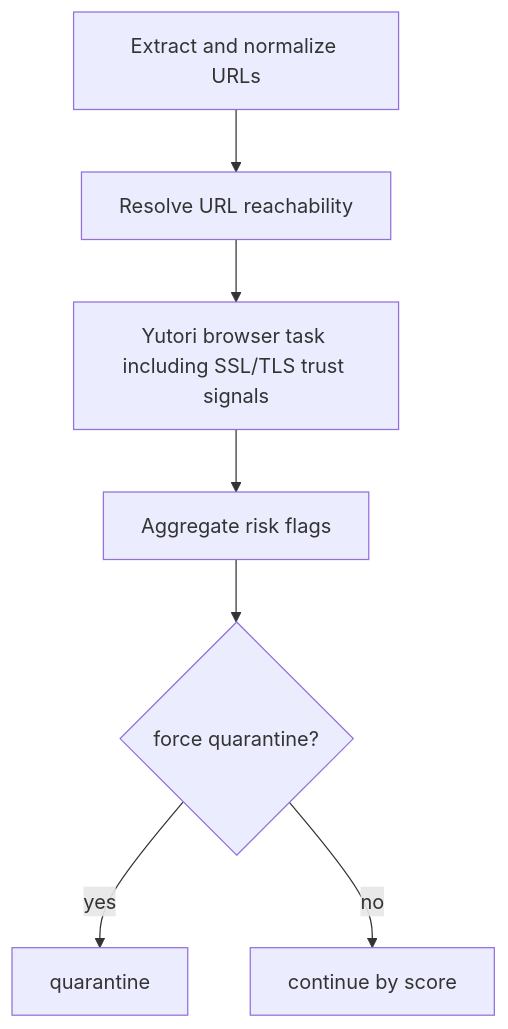
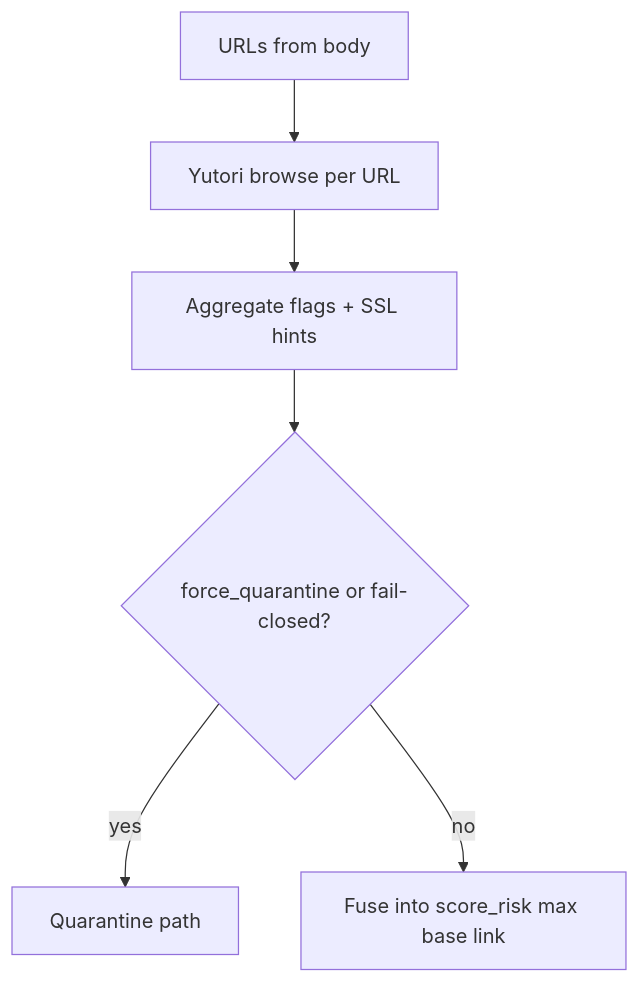
One commit to pramodthe/anti-scam.ai changed the fourth of 4 diagrams in README.md. Above: the diagram before and after it, drawn with Mermaid. The commit also changed other lines of this file and 21 other files, not shown here.

````diff
--- a/README.md
+++ b/README.md
@@ -72,9 +133,8 @@
 ```mermaid
 flowchart TD
-    L1[Extract and normalize URLs] --> L2[Resolve URL reachability]
-    L2 --> L3[Yutori browser task including SSL/TLS trust signals]
-    L3 --> L5[Aggregate risk flags]
-    L5 --> L6{force quarantine?}
-    L6 -->|yes| L7[quarantine]
-    L6 -->|no| L8[continue by score]
+  L1[URLs from body] --> L2[Yutori browse per URL]
+  L2 --> L3[Aggregate flags + SSL hints]
+  L3 --> L4{force_quarantine or fail-closed?}
+  L4 -->|yes| L5[Quarantine path]
+  L4 -->|no| L6[Fuse into score_risk max base link]
 ```
````
